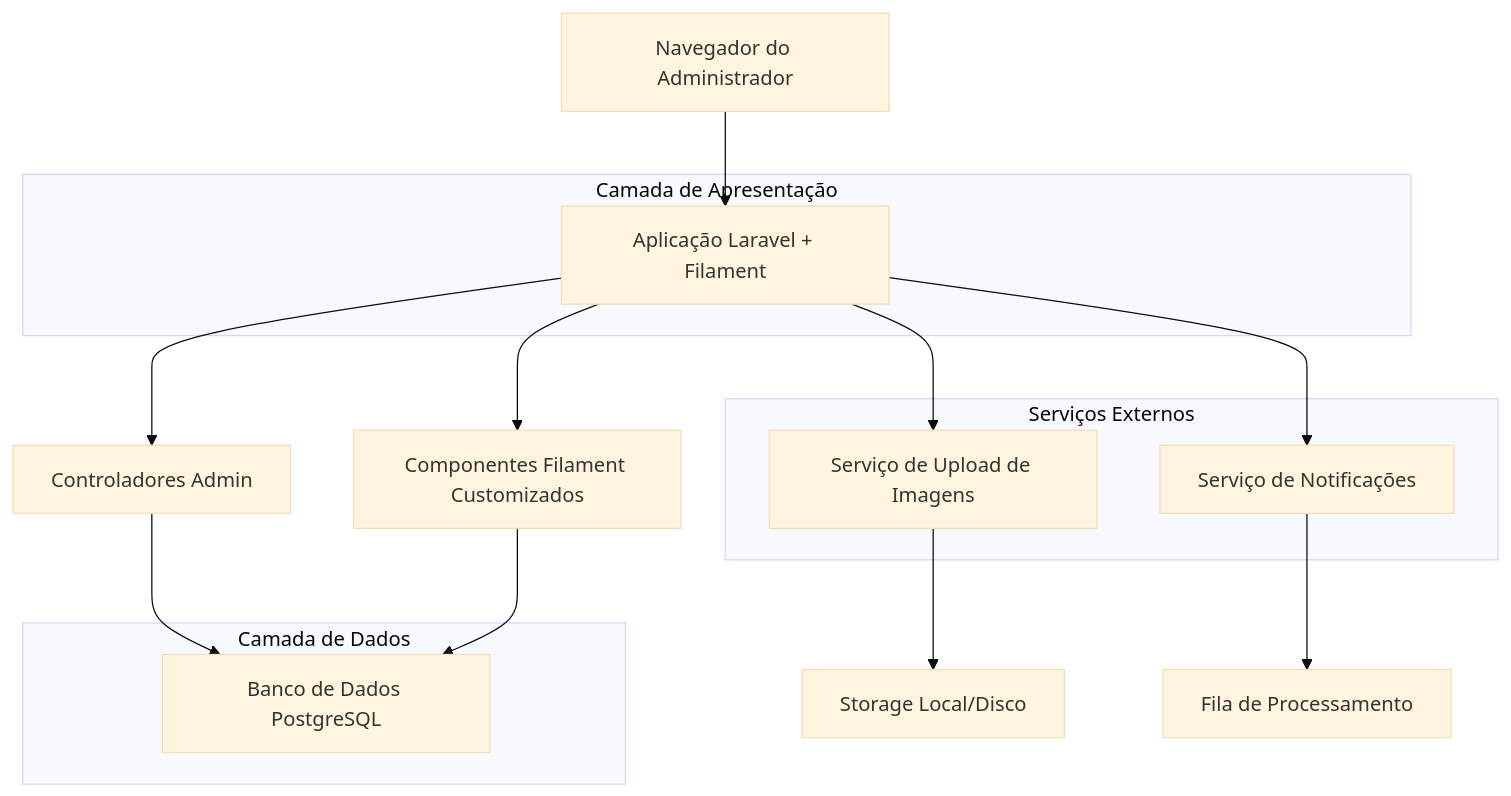
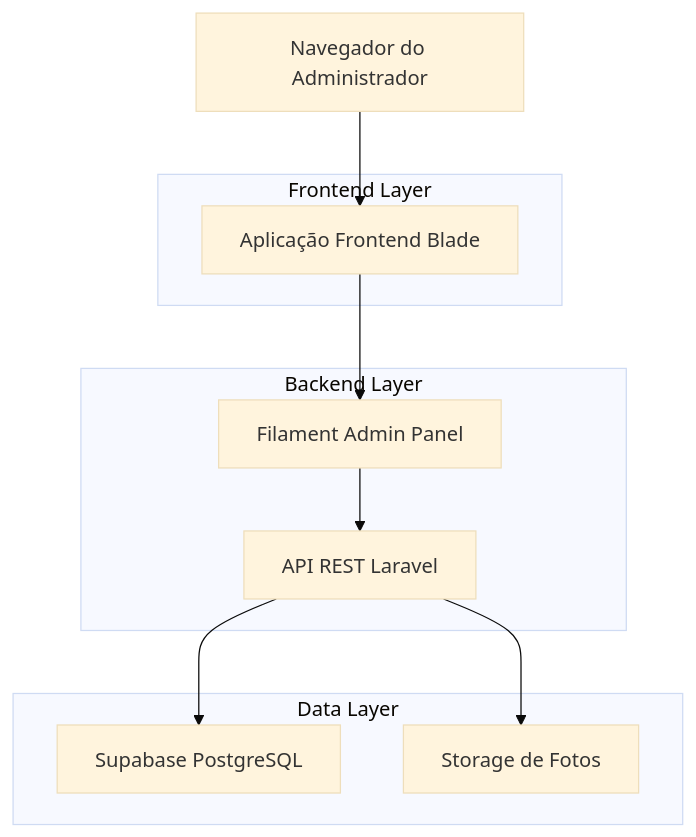
Before and after one commit to criverdim/siterccnovo: the first of 3 diagrams in .trae/documents/admin-users-redesign-technical.md, drawn with Mermaid (base theme). The commit also changed other lines of this file and 25 other files, not shown here.

````diff
--- a/.trae/documents/admin-users-redesign-technical.md
+++ b/.trae/documents/admin-users-redesign-technical.md
@@ -3,25 +3,22 @@
 ```mermaid
 graph TD
-    A[Navegador do Administrador] --> B[Aplicação Laravel + Filament]
-    B --> C[Controladores Admin]
-    B --> D[Componentes Filament Customizados]
-    C --> E[Banco de Dados PostgreSQL]
-    D --> E
-    B --> F[Serviço de Upload de Imagens]
-    B --> G[Serviço de Notificações]
-    F --> H[Storage Local/Disco]
-    G --> I[Fila de Processamento]
+    A[Navegador do Administrador] --> B[Aplicação Frontend Blade]
+    B --> C[Filament Admin Panel]
+    C --> D[API REST Laravel]
+    D --> E[Supabase PostgreSQL]
+    D --> F[Storage de Fotos]
 
-    subgraph "Camada de Apresentação"
+    subgraph "Frontend Layer"
         B
     end
-    
-    subgraph "Camada de Dados"
+
+    subgraph "Backend Layer"
+        C
+        D
+    end
+
+    subgraph "Data Layer"
         E
-    end
-    
-    subgraph "Serviços Externos"
         F
-        G
     end
 ```
````
